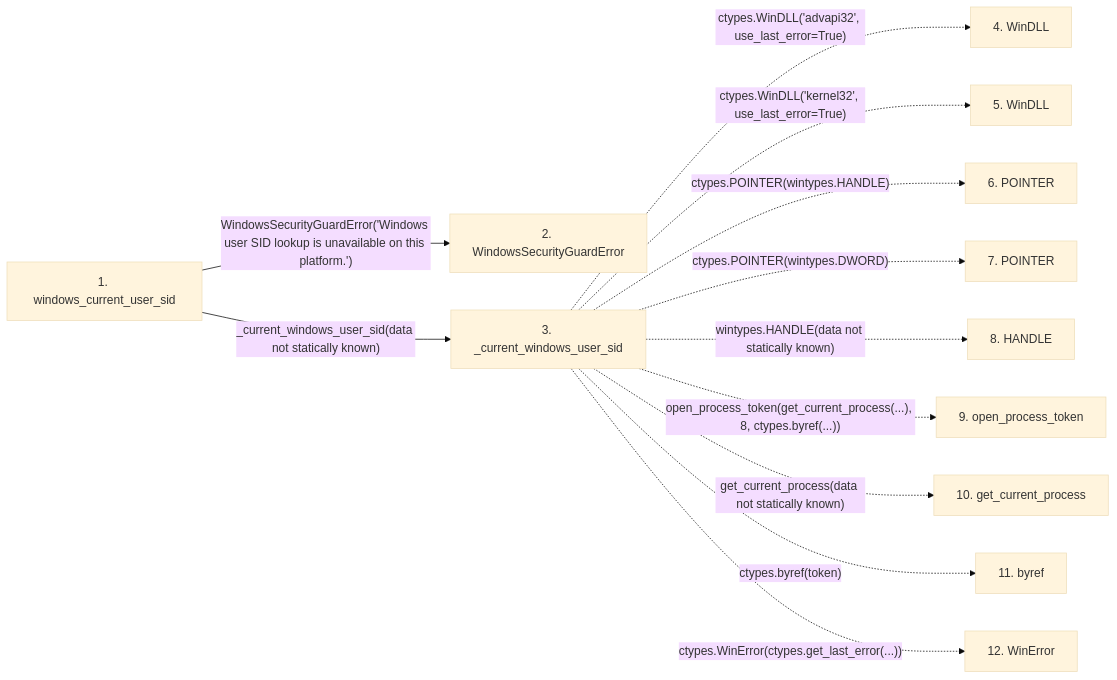
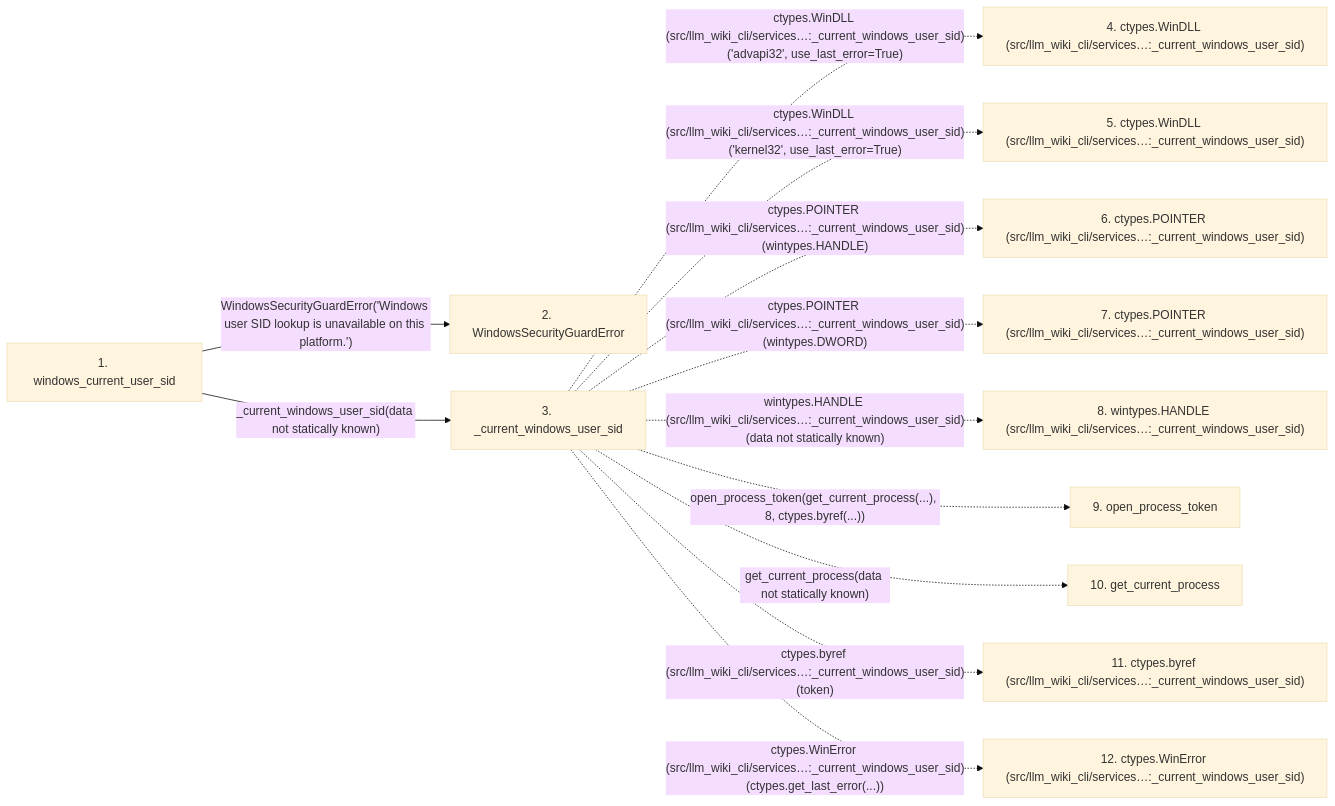
The second of 2 diagrams in docs/llm_wiki/flows/api-windows_current_user_sid.md (Denissvgn/python-wiki-llm), drawn with Mermaid (base theme) before and after one commit. The commit also changed other lines of this file and 719 other files, not shown here.

````diff
--- a/docs/llm_wiki/flows/api-windows_current_user_sid.md
+++ b/docs/llm_wiki/flows/api-windows_current_user_sid.md
@@ -65,29 +66,29 @@
 ```mermaid
 flowchart LR
     s1["1. windows_current_user_sid"]
     s2["2. WindowsSecurityGuardError"]
     s3["3. _current_windows_user_sid"]
-    s4["4. WinDLL"]
-    s5["5. WinDLL"]
-    s6["6. POINTER"]
-    s7["7. POINTER"]
-    s8["8. HANDLE"]
+    s4["4. ctypes.WinDLL (src/llm_wiki_cli/services…:_current_windows_user_sid)"]
+    s5["5. ctypes.WinDLL (src/llm_wiki_cli/services…:_current_windows_user_sid)"]
+    s6["6. ctypes.POINTER (src/llm_wiki_cli/services…:_current_windows_user_sid)"]
+    s7["7. ctypes.POINTER (src/llm_wiki_cli/services…:_current_windows_user_sid)"]
+    s8["8. wintypes.HANDLE (src/llm_wiki_cli/services…:_current_windows_user_sid)"]
     s9["9. open_process_token"]
     s10["10. get_current_process"]
-    s11["11. byref"]
-    s12["12. WinError"]
+    s11["11. ctypes.byref (src/llm_wiki_cli/services…:_current_windows_user_sid)"]
+    s12["12. ctypes.WinError (src/llm_wiki_cli/services…:_current_windows_user_sid)"]
     s1 -->|"WindowsSecurityGuardError('Windows user SID lookup is unavailable on this platform.')"| s2
     s1 -->|"_current_windows_user_sid(data not statically known)"| s3
-    s3 -. "ctypes.WinDLL('advapi32', use_last_error=True)" .-> s4
-    s3 -. "ctypes.WinDLL('kernel32', use_last_error=True)" .-> s5
-    s3 -. "ctypes.POINTER(wintypes.HANDLE)" .-> s6
-    s3 -. "ctypes.POINTER(wintypes.DWORD)" .-> s7
-    s3 -. "wintypes.HANDLE(data not statically known)" .-> s8
+    s3 -. "ctypes.WinDLL (src/llm_wiki_cli/services…:_current_windows_user_sid)('advapi32', use_last_error=True)" .-> s4
+    s3 -. "ctypes.WinDLL (src/llm_wiki_cli/services…:_current_windows_user_sid)('kernel32', use_last_error=True)" .-> s5
+    s3 -. "ctypes.POINTER (src/llm_wiki_cli/services…:_current_windows_user_sid)(wintypes.HANDLE)" .-> s6
+    s3 -. "ctypes.POINTER (src/llm_wiki_cli/services…:_current_windows_user_sid)(wintypes.DWORD)" .-> s7
+    s3 -. "wintypes.HANDLE (src/llm_wiki_cli/services…:_current_windows_user_sid)(data not statically known)" .-> s8
     s3 -. "open_process_token(get_current_process(...), 8, ctypes.byref(...))" .-> s9
     s3 -. "get_current_process(data not statically known)" .-> s10
-    s3 -. "ctypes.byref(token)" .-> s11
-    s3 -. "ctypes.WinError(ctypes.get_last_error(...))" .-> s12
+    s3 -. "ctypes.byref (src/llm_wiki_cli/services…:_current_windows_user_sid)(token)" .-> s11
+    s3 -. "ctypes.WinError (src/llm_wiki_cli/services…:_current_windows_user_sid)(ctypes.get_last_error(...))" .-> s12
     click s1 "../modules/filesystem_guard.md"
     click s2 "../modules/filesystem_guard.md"
     click s3 "../modules/filesystem_guard.md"
 ```
````
